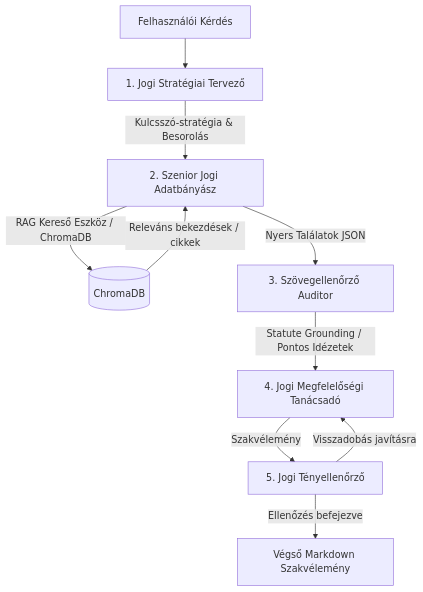
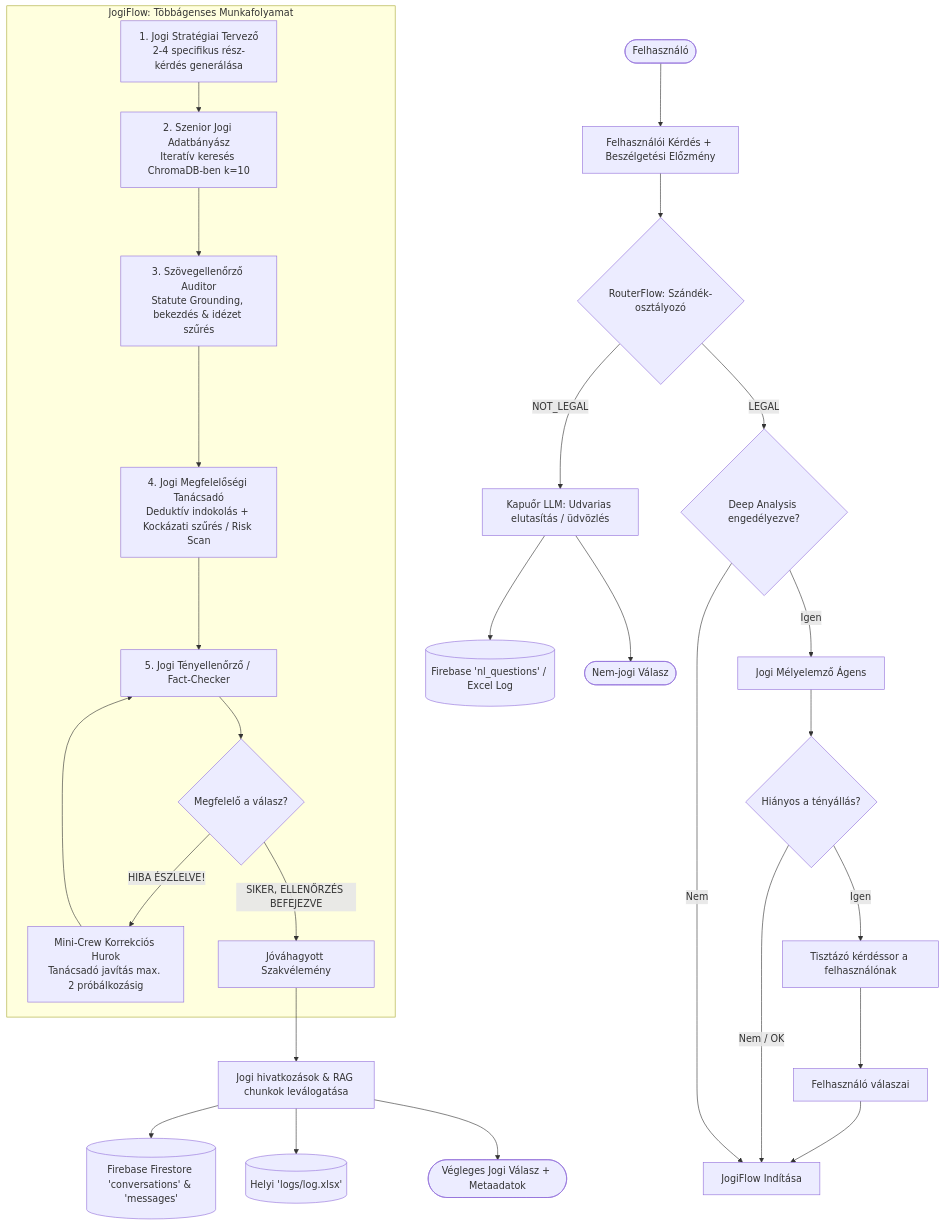
Before and after one commit to LeventeTasy/jogi-agent-rag: the diagram in README.md, drawn with Mermaid. The commit also changed other lines of this file, not shown here.

````diff
--- a/README.md
+++ b/README.md
@@ -22,12 +27,40 @@
 ```mermaid
 graph TD
-    Question[Felhasználói Kérdés] --> Strategist[1. Jogi Stratégiai Tervező]
-    Strategist --> |Kulcsszó-stratégia & Besorolás| Researcher[2. Szenior Jogi Adatbányász]
-    Researcher --> |RAG Kereső Eszköz / ChromaDB| VectorDB[(ChromaDB)]
-    VectorDB --> |Releváns bekezdések / cikkek| Researcher
-    Researcher --> |Nyers Találatok JSON| Verifier[3. Szövegellenőrző Auditor]
-    Verifier --> |Statute Grounding / Pontos Idézetek| Advisor[4. Jogi Megfelelőségi Tanácsadó]
-    Advisor --> |Szakvélemény| FactChecker[5. Jogi Tényellenőrző]
-    FactChecker --> |"Visszadobás javításra"| Advisor
-    FactChecker --> |"Ellenőzés befejezve"| FinalReport[Végső Markdown Szakvélemény]
+    User([Felhasználó]) --> Input[Felhasználói Kérdés + Beszélgetési Előzmény]
+    Input --> Router{RouterFlow: Szándék-osztályozó}
+    
+    %% Nem jogi ág
+    Router -->|NOT_LEGAL| Gatekeeper[Kapuőr LLM: Udvarias elutasítás / üdvözlés]
+    Gatekeeper --> LogNL[(Firebase 'nl_questions' / Excel Log)]
+    Gatekeeper --> OutNL([Nem-jogi Válasz])
+
+    %% Jogi ág
+    Router -->|LEGAL| DA_Check{Deep Analysis engedélyezve?}
+    
+    DA_Check -->|Igen| DeepAnalyst[Jogi Mélyelemző Ágens]
+    DeepAnalyst --> DA_Prompt{Hiányos a tényállás?}
+    DA_Prompt -->|Igen| DA_Questions[Tisztázó kérdéssor a felhasználónak]
+    DA_Questions --> UserClarify[Felhasználó válaszai]
+    UserClarify --> JogiFlow
+    DA_Prompt -->|Nem / OK| JogiFlow
+    DA_Check -->|Nem| JogiFlow[JogiFlow Indítása]
+
+    %% JogiFlow alrendszer
+    subgraph JogiFlow_Execution [JogiFlow: Többágenses Munkafolyamat]
+        Strategist[1. Jogi Stratégiai Tervező\n2-4 specifikus rész-kérdés generálása]
+        Strategist --> Researcher[2. Szenior Jogi Adatbányász\nIteratív keresés ChromaDB-ben k=10]
+        Researcher --> Grounding[3. Szövegellenőrző Auditor\nStatute Grounding, bekezdés & idézet szűrés]
+        Grounding --> Advisor[4. Jogi Megfelelőségi Tanácsadó\nDeduktív indokolás + Kockázati szűrés / Risk Scan]
+        Advisor --> Verifier[5. Jogi Tényellenőrző / Fact-Checker]
+        
+        Verifier --> FeedbackCheck{Megfelelő a válasz?}
+        FeedbackCheck -->|HIBA ÉSZLELVE!| CorrectionLoop[Mini-Crew Korrekciós Hurok\nTanácsadó javítás max. 2 próbálkozásig]
+        CorrectionLoop --> Verifier
+        FeedbackCheck -->|SIKER, ELLENŐRZÉS BEFEJEZVE| Approved[Jóváhagyott Szakvélemény]
+    end
+
+    Approved --> CleanOutput[Jogi hivatkozások & RAG chunkok leválogatása]
+    CleanOutput --> CloudStore[(Firebase Firestore 'conversations' & 'messages')]
+    CleanOutput --> LocalLog[(Helyi 'logs/log.xlsx')]
+    CleanOutput --> FinalResponse([Végleges Jogi Válasz + Metaadatok])
 ```
````
